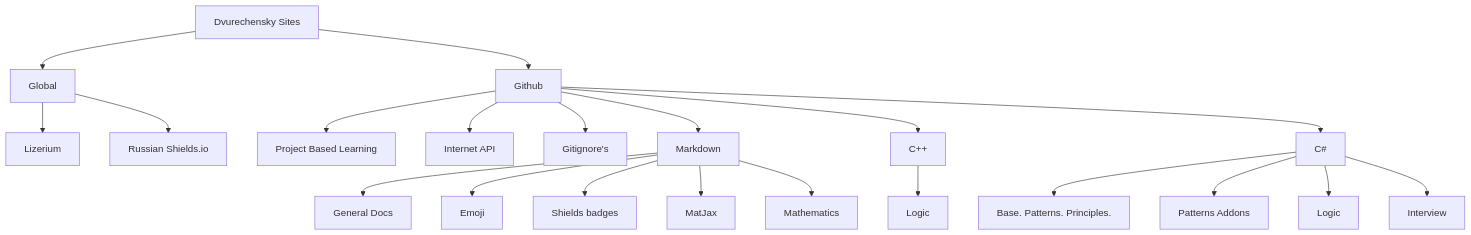
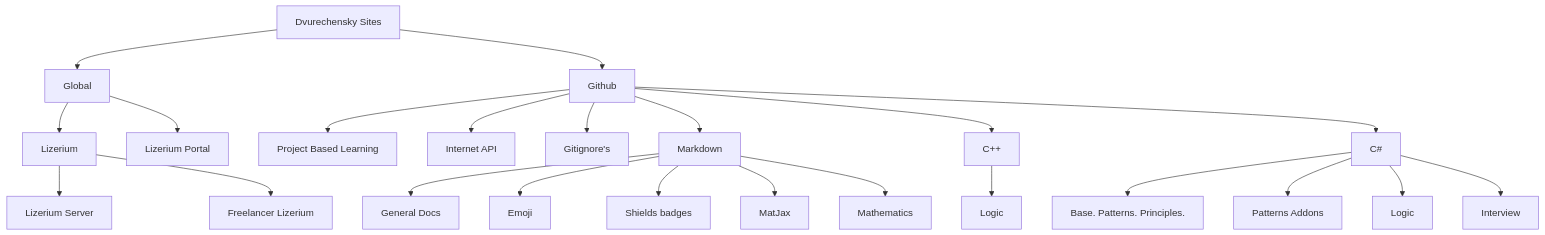
The second of 2 diagrams in README.md (Dvurechensky/Dvurechensky), drawn with Mermaid before and after one commit. The commit also changed other lines of this file and 1 other file, not shown here.

````diff
--- a/README.md
+++ b/README.md
@@ -71,23 +71,25 @@
 ```mermaid
 graph TD
   A[Dvurechensky Sites] --> B[Global]
   A[Dvurechensky Sites] --> C[Github]
   B --> E[Lizerium]
-  B --> E1[Russian Shields.io]
+  E --> E1[Lizerium Server]
+  E --> E2[Freelancer Lizerium]
+  B --> E3[Lizerium Portal]
   C --> R[Project Based Learning]
   C --> M[Internet API]
   C --> G[Gitignore's]
   C --> H[Markdown]
   C --> W[C++]
   W --> W1[Logic]
   C --> N[C#]
   N --> N1[Base. Patterns. Principles.]
   N --> N2[Patterns Addons]
   N --> N3[Logic]
   N --> N4[Interview]
   H --> K[General Docs]
   H --> L[Emoji]
   H --> Z[Shields badges]
   H --> X[MatJax]
   H --> V[Mathematics]
 ```
````
